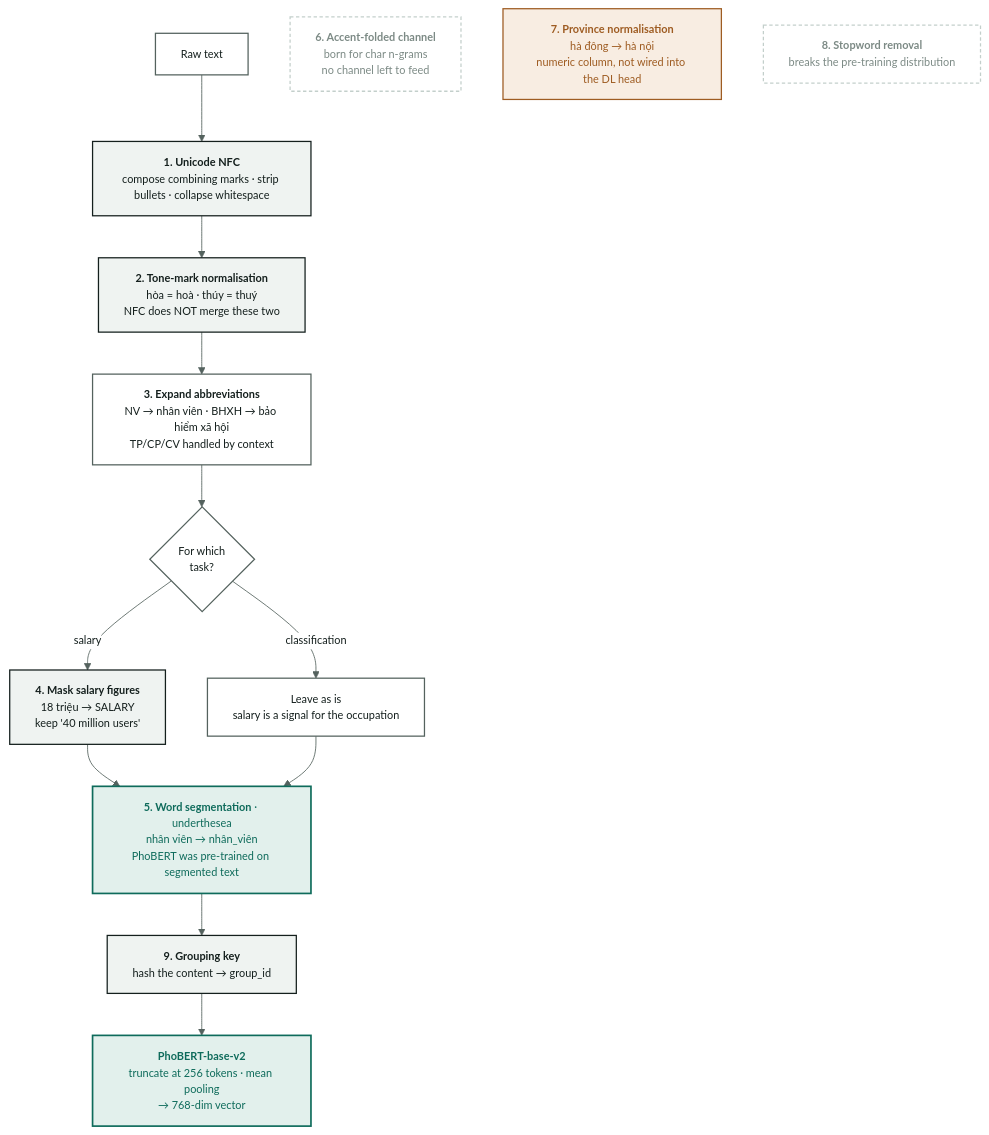
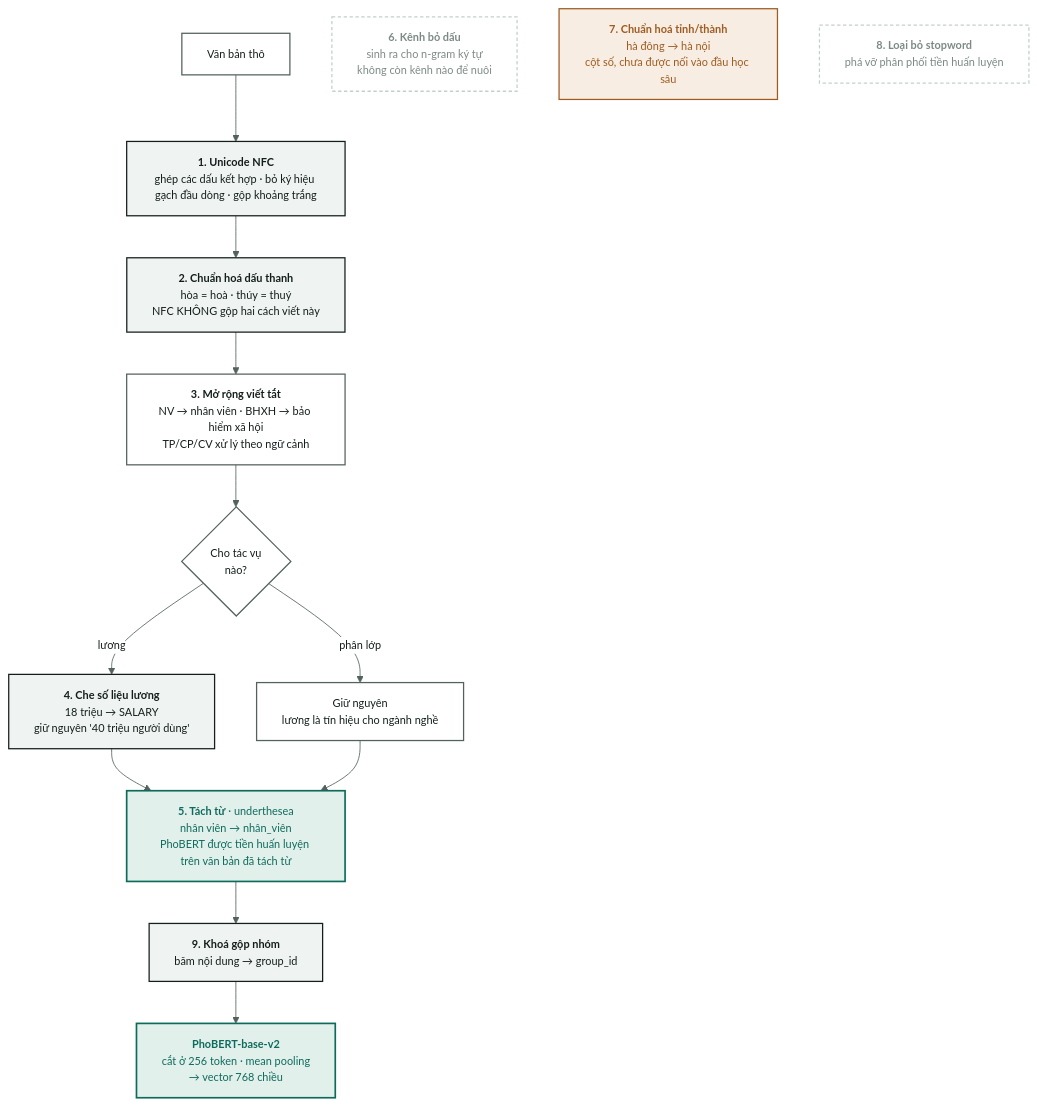
One commit to boy2407/vietjobs changed the diagram in docs/02-vietnamese-nlp.md. Above: the diagram before and after it, drawn with Mermaid. The commit also changed other lines of this file and 9 other files, not shown here.

First line of the commit message:
Reconcile Vietnamese preprocessing docs with the PhoBERT input path

````diff
--- a/docs/02-vietnamese-nlp.md
+++ b/docs/02-vietnamese-nlp.md
@@ -90,42 +115,42 @@
 ```mermaid
 %%{init:{'theme':'base','themeVariables':{
   'primaryColor':'#EFF3F1','primaryTextColor':'#141F1D','primaryBorderColor':'#54625E',
   'lineColor':'#54625E','fontSize':'13px','fontFamily':'Be Vietnam Pro, Segoe UI, sans-serif',
   'clusterBkg':'#FFFFFF','clusterBorder':'#C3CFCB','edgeLabelBackground':'#FFFFFF',
   'secondaryColor':'#FFFFFF','tertiaryColor':'#FFFFFF','mainBkg':'#FFFFFF',
   'nodeTextColor':'#141F1D','titleColor':'#141F1D'}}}%%
 flowchart TD
     classDef default fill:#FFFFFF,stroke:#54625E,stroke-width:1.5px,color:#141F1D
-    IN["Raw text"]
-    N1["<b>1. Unicode NFC</b><br/>compose combining marks · strip bullets · collapse whitespace"]
-    N2["<b>2. Tone-mark normalisation</b><br/>hòa = hoà · thúy = thuý<br/>NFC does NOT merge these two"]
-    N3["<b>3. Expand abbreviations</b><br/>NV → nhân viên · BHXH → bảo hiểm xã hội<br/>TP/CP/CV handled by context"]
+    IN["Văn bản thô"]
+    N1["<b>1. Unicode NFC</b><br/>ghép các dấu kết hợp · bỏ ký hiệu gạch đầu dòng · gộp khoảng trắng"]
+    N2["<b>2. Chuẩn hoá dấu thanh</b><br/>hòa = hoà · thúy = thuý<br/>NFC KHÔNG gộp hai cách viết này"]
+    N3["<b>3. Mở rộng viết tắt</b><br/>NV → nhân viên · BHXH → bảo hiểm xã hội<br/>TP/CP/CV xử lý theo ngữ cảnh"]
 
-    BR{"For which<br/>task?"}
-    MASK["<b>4. Mask salary figures</b><br/>18 triệu → SALARY<br/>keep '40 million users'"]
-    CLS["Leave as is<br/>salary is a signal for the occupation"]
+    BR{"Cho tác vụ<br/>nào?"}
+    MASK["<b>4. Che số liệu lương</b><br/>18 triệu → SALARY<br/>giữ nguyên '40 triệu người dùng'"]
+    CLS["Giữ nguyên<br/>lương là tín hiệu cho ngành nghề"]
 
-    N4["<b>5. Word segmentation</b> · underthesea<br/>nhân viên → nhân_viên<br/>PhoBERT was pre-trained on segmented text"]
-    N8["<b>9. Grouping key</b><br/>hash the content → group_id"]
-    ENC["<b>PhoBERT-base-v2</b><br/>truncate at 256 tokens · mean pooling<br/>→ 768-dim vector"]
+    N4["<b>5. Tách từ</b> · underthesea<br/>nhân viên → nhân_viên<br/>PhoBERT được tiền huấn luyện trên văn bản đã tách từ"]
+    N8["<b>9. Khoá gộp nhóm</b><br/>băm nội dung → group_id"]
+    ENC["<b>PhoBERT-base-v2</b><br/>cắt ở 256 token · mean pooling<br/>→ vector 768 chiều"]
 
-    N5["<b>6. Accent-folded channel</b><br/>born for char n-grams<br/>no channel left to feed"]
-    N6["<b>7. Province normalisation</b><br/>hà đông → hà nội<br/>numeric column, not wired into the DL head"]
-    N7["<b>8. Stopword removal</b><br/>breaks the pre-training distribution"]
+    N5["<b>6. Kênh bỏ dấu</b><br/>sinh ra cho n-gram ký tự<br/>không còn kênh nào để nuôi"]
+    N6["<b>7. Chuẩn hoá tỉnh/thành</b><br/>hà đông → hà nội<br/>cột số, chưa được nối vào đầu học sâu"]
+    N7["<b>8. Loại bỏ stopword</b><br/>phá vỡ phân phối tiền huấn luyện"]
 
     IN --> N1 --> N2 --> N3 --> BR
-    BR -->|"salary"| MASK
-    BR -->|"classification"| CLS
+    BR -->|"lương"| MASK
+    BR -->|"phân lớp"| CLS
     MASK --> N4
     CLS --> N4
     N4 --> N8 --> ENC
 
     classDef must fill:#EFF3F1,stroke:#141F1D,stroke-width:1.5px,color:#141F1D
     classDef keep fill:#E2F0EC,stroke:#0E6B5B,stroke-width:2px,color:#0E6B5B
     classDef drop fill:#FFFFFF,stroke:#C3CFCB,stroke-dasharray:4 3,color:#7C8A85
     classDef wait fill:#F8EDE2,stroke:#9E5C22,stroke-width:1.5px,color:#9E5C22
     class N1,N2,MASK,N8 must
     class N4,ENC keep
     class N5,N7 drop
     class N6 wait
 ```
````
